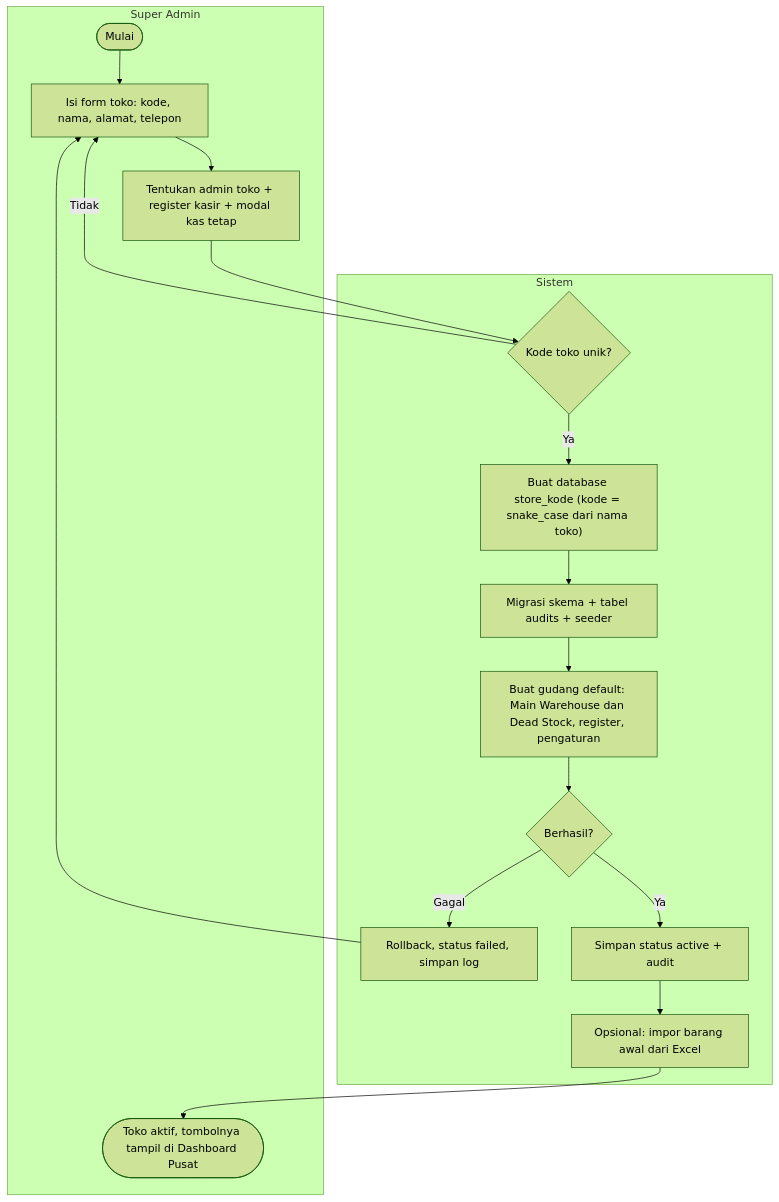
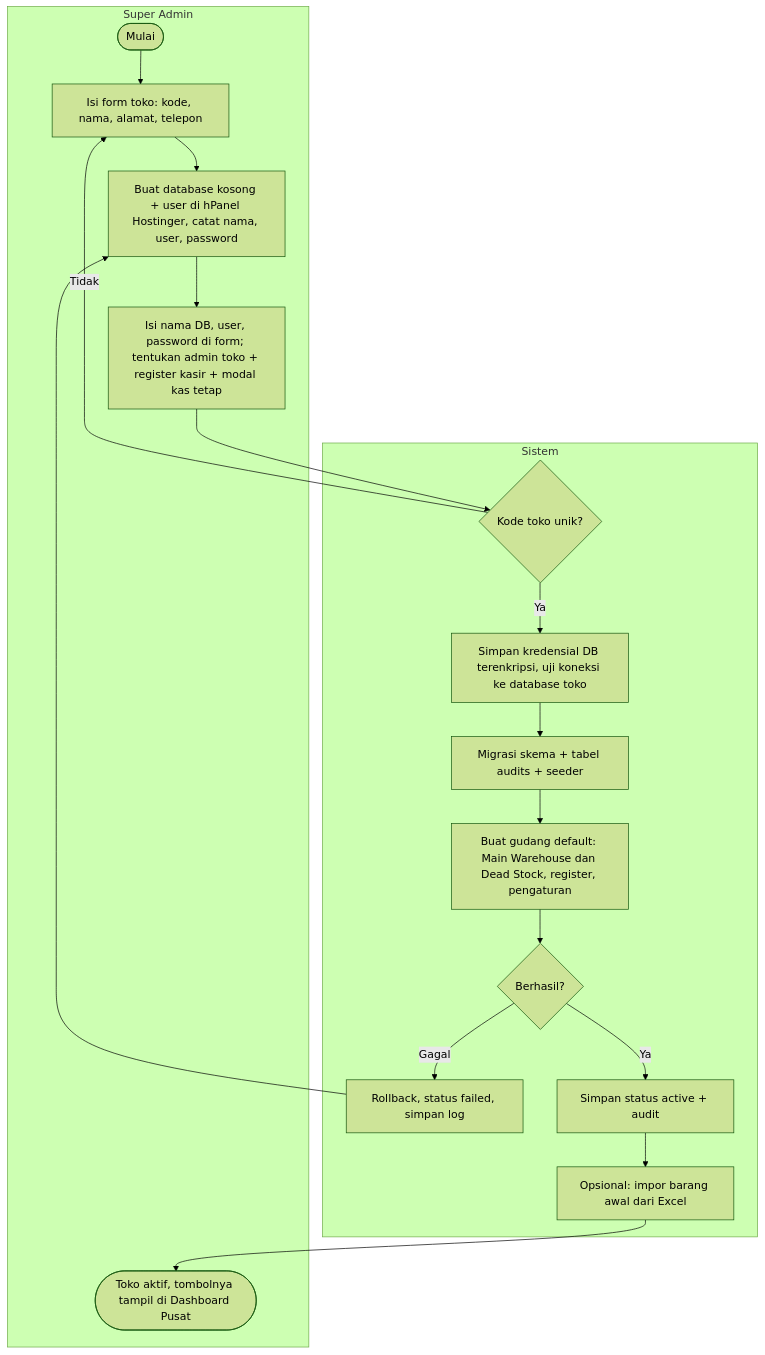
One commit to aliefpraditya/store-management changed the second of 28 diagrams in docs/analisis-sistem.md. Above: the diagram before and after it, drawn with Mermaid (forest theme). The commit also changed other lines of this file and 118 other files, not shown here.

````diff
--- a/docs/analisis-sistem.md
+++ b/docs/analisis-sistem.md
@@ -402,23 +409,24 @@
 ```mermaid
 flowchart TD
     subgraph SA["Super Admin"]
         A1(["Mulai"]) --> A2["Isi form toko: kode, nama, alamat, telepon"]
-        A2 --> A3["Tentukan admin toko + register kasir + modal kas tetap"]
+        A2 --> A2b["Buat database kosong + user di hPanel Hostinger, catat nama, user, password"]
+        A2b --> A3["Isi nama DB, user, password di form; tentukan admin toko + register kasir + modal kas tetap"]
         A9(["Toko aktif, tombolnya tampil di Dashboard Pusat"])
     end
     subgraph SYS["Sistem"]
         S1{"Kode toko unik?"}
-        S2["Buat database store_kode (kode = snake_case dari nama toko)"]
+        S2["Simpan kredensial DB terenkripsi, uji koneksi ke database toko"]
         S3["Migrasi skema + tabel audits + seeder"]
         S3b["Buat gudang default: Main Warehouse dan Dead Stock, register, pengaturan"]
         S4{"Berhasil?"}
         S5["Rollback, status failed, simpan log"]
         S6["Simpan status active + audit"]
         S7["Opsional: impor barang awal dari Excel"]
     end
     A3 --> S1
     S1 -->|"Tidak"| A2
     S1 -->|"Ya"| S2 --> S3 --> S3b --> S4
-    S4 -->|"Gagal"| S5 --> A2
+    S4 -->|"Gagal"| S5 --> A2b
     S4 -->|"Ya"| S6 --> S7 --> A9
 ```
````
